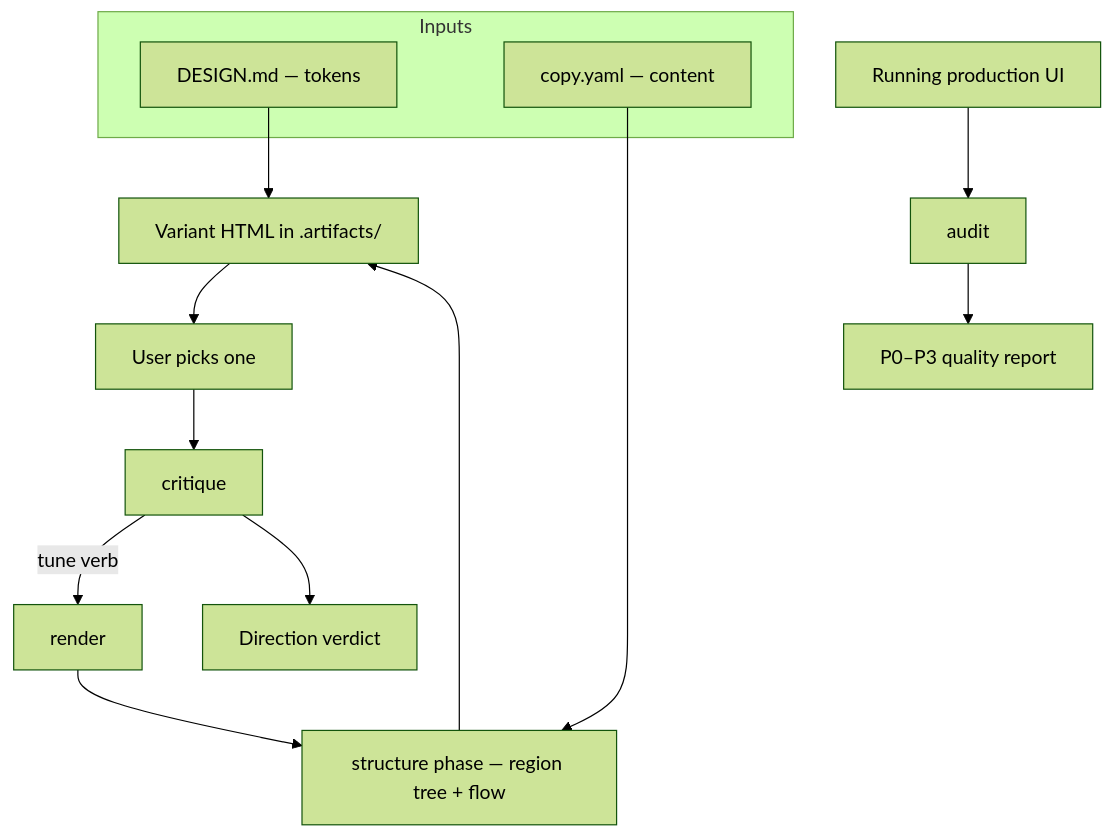
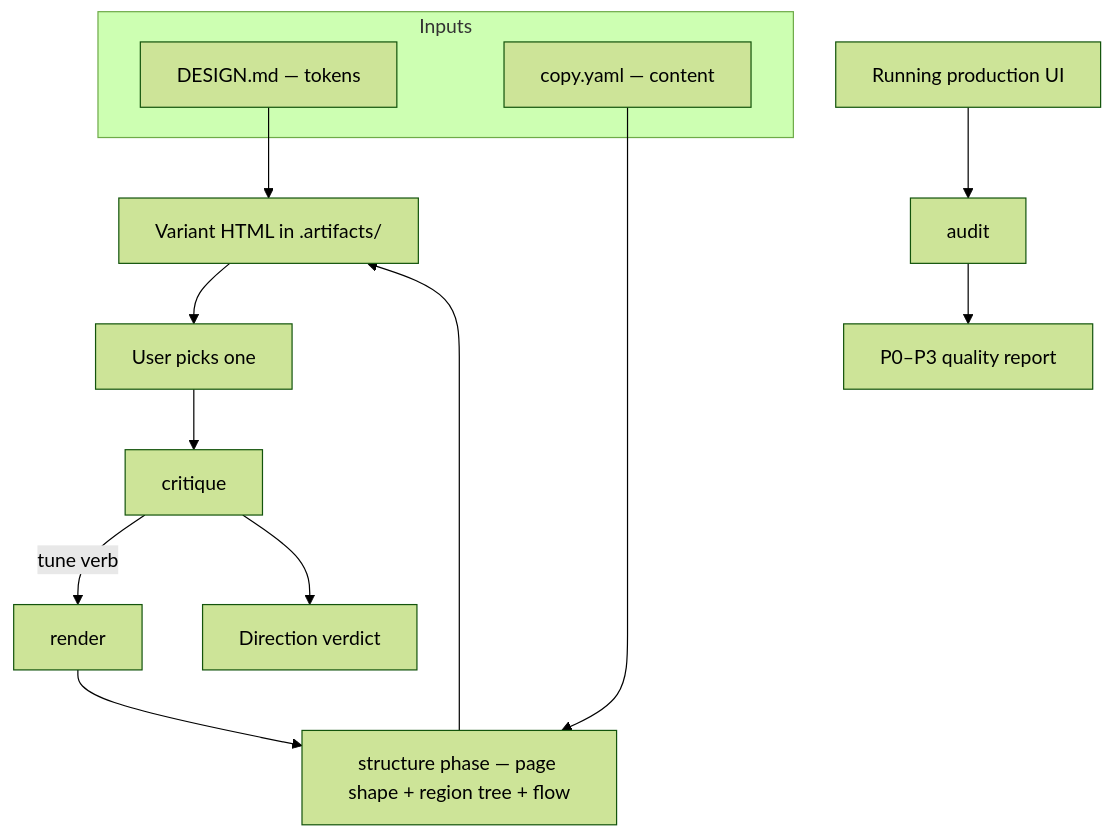
The diagram in skills/product/craft-ui/README.md (adeonir/agent-skills), drawn with Mermaid (forest theme) before and after one commit. The commit also changed other lines of this file and 6 other files, not shown here.

First line of the commit message:
feat(craft-ui): pick a named page shape per surface

````diff
--- a/skills/product/craft-ui/README.md
+++ b/skills/product/craft-ui/README.md
@@ -7,17 +7,17 @@
 ```mermaid
 flowchart TD
     subgraph inputs[Inputs]
       D[DESIGN.md — tokens]
       C[copy.yaml — content]
     end
-    R[render] --> ST[structure phase — region tree + flow]
+    R[render] --> ST[structure phase — page shape + region tree + flow]
     C --> ST
     ST --> V[Variant HTML in .artifacts/]
     D --> V
     V --> Pick[User picks one]
     Pick --> Cr[critique]
     Cr -->|tune verb| R
     Cr --> DV[Direction verdict]
     UI[Running production UI] --> Au[audit]
     Au --> RP[P0–P3 quality report]
 ```
````
